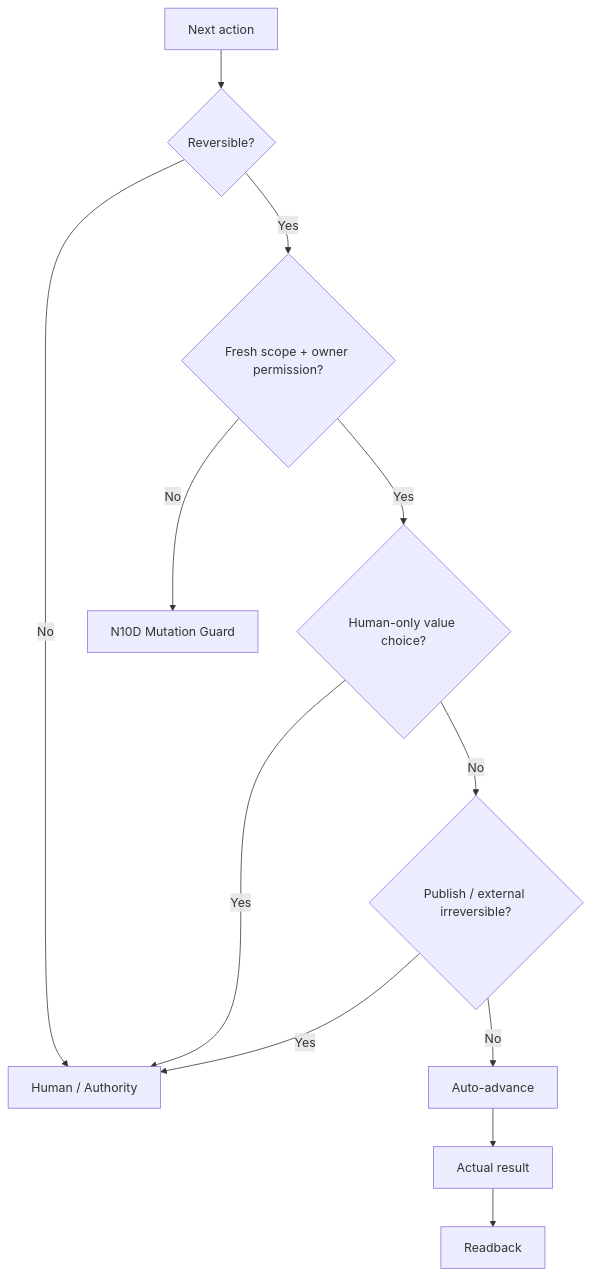
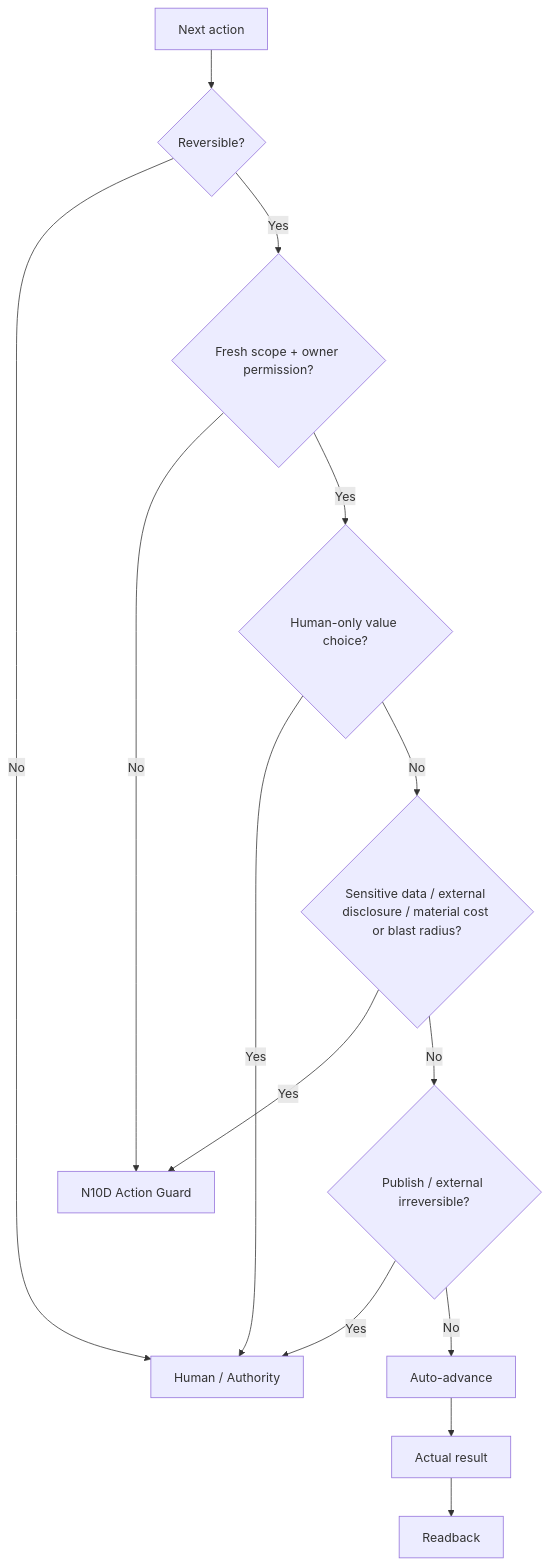
The diagram in product-docs/v0.3/nodes/N10C_AUTONOMY_HUMAN_STOP.md (Jiaosong/Design), drawn with Mermaid before and after one commit. The commit also changed other lines of this file and 71 other files, not shown here.

````diff
--- a/product-docs/v0.3/nodes/N10C_AUTONOMY_HUMAN_STOP.md
+++ b/product-docs/v0.3/nodes/N10C_AUTONOMY_HUMAN_STOP.md
@@ -19,14 +20,16 @@
 ```mermaid
 flowchart TD
     A[Next action] --> R{Reversible?}
     R -- No --> H[Human / Authority]
     R -- Yes --> F{Fresh scope + owner permission?}
-    F -- No --> G[N10D Mutation Guard]
+    F -- No --> G[N10D Action Guard]
     F -- Yes --> V{Human-only value choice?}
     V -- Yes --> H
-    V -- No --> P{Publish / external irreversible?}
+    V -- No --> D{Sensitive data / external disclosure / material cost or blast radius?}
+    D -- Yes --> G
+    D -- No --> P{Publish / external irreversible?}
     P -- Yes --> H
     P -- No --> X[Auto-advance]
     X --> B[Actual result]
     B --> C[Readback]
 ```
````
